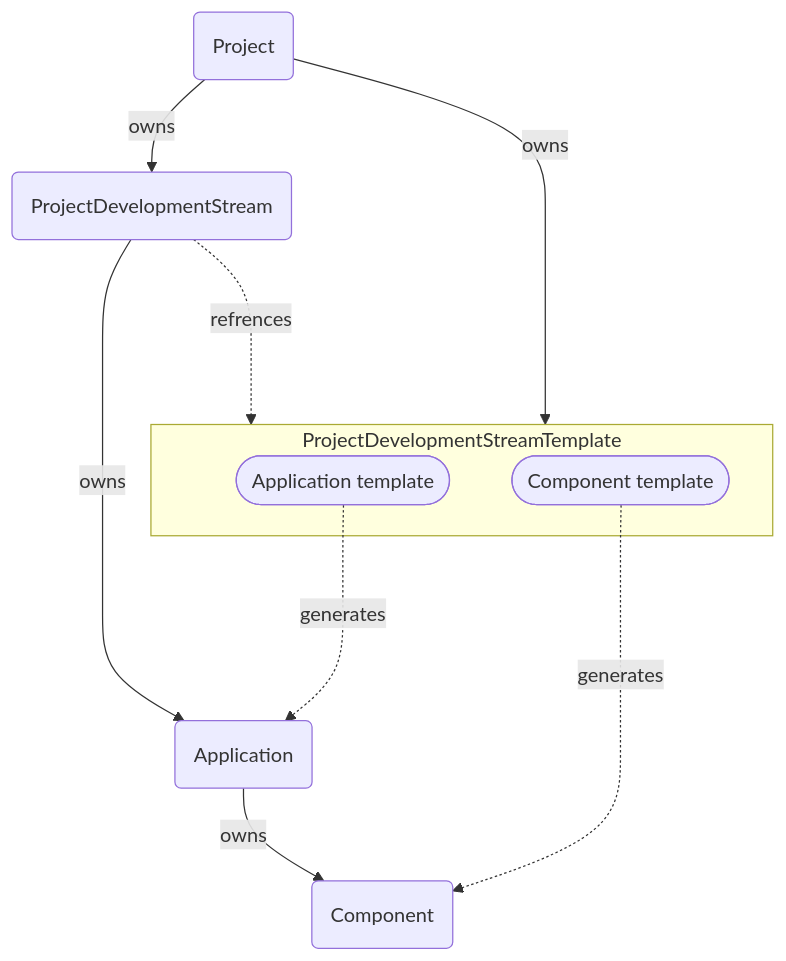
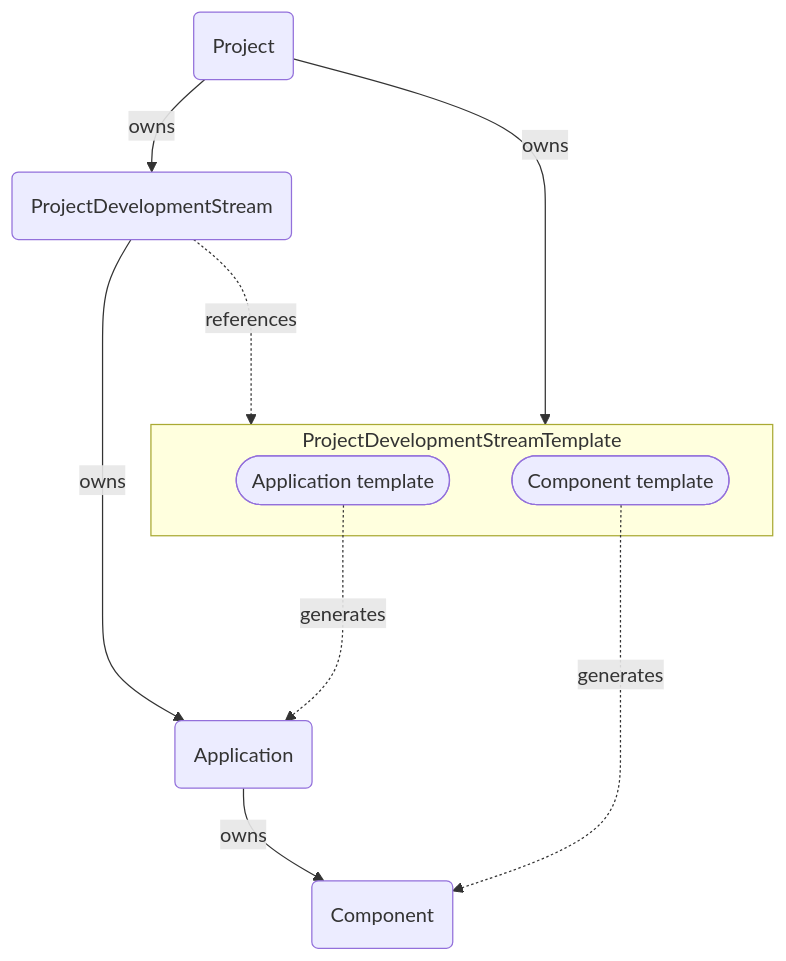
One commit to konflux-ci/project-controller changed the diagram in README.md. Above: the diagram before and after it, drawn with Mermaid. The commit also changed other lines of this file, not shown here.

````diff
--- a/README.md
+++ b/README.md
@@ -17,14 +17,14 @@
 ```mermaid
 flowchart TD
     P(Project) -->|owns| PDST
     subgraph PDST[ProjectDevelopmentStreamTemplate]
         AT([Application template])
         CT([Component template])
     end
     P(Project) -->|owns| PDS(ProjectDevelopmentStream)
     PDS -->|owns| A(Application)
     A -->|owns| C(Component)
-    PDS -..->|refrences| PDST
+    PDS -..->|references| PDST
     AT -..->|generates| A
     CT -..->|generates| C
 ```
````
